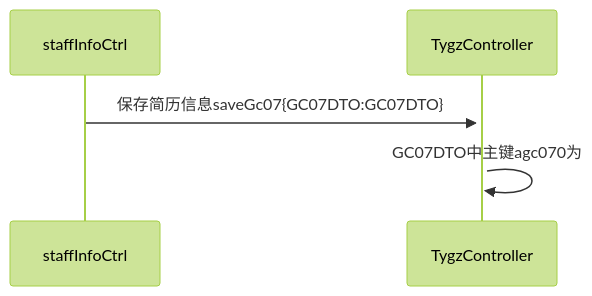
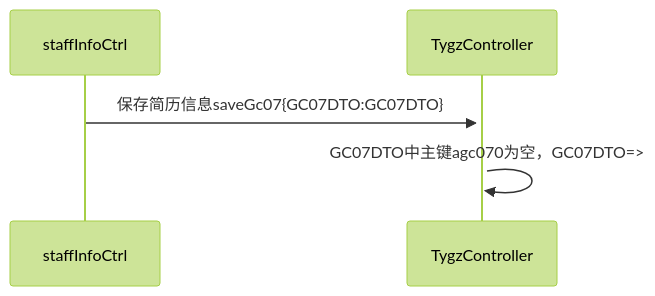
One commit to ZhangJianBeiJing/iodraw-files changed the diagram in all/未命名.md. Above: the diagram before and after it, drawn with Mermaid (forest theme).

Commit message:
2025-03-25 17:07:30 update

````diff
--- a/all/未命名.md
+++ b/all/未命名.md
@@ -1,7 +1,7 @@
 ```mermaid
 sequenceDiagram
     staffInfoCtrl->>+TygzController:保存简历信息saveGc07{GC07DTO:GC07DTO}
-    TygzController->>+TygzController:GC07DTO中主键agc070为
+    TygzController->>+TygzController:GC07DTO中主键agc070为空，GC07DTO=>
 
             
 ```
````
